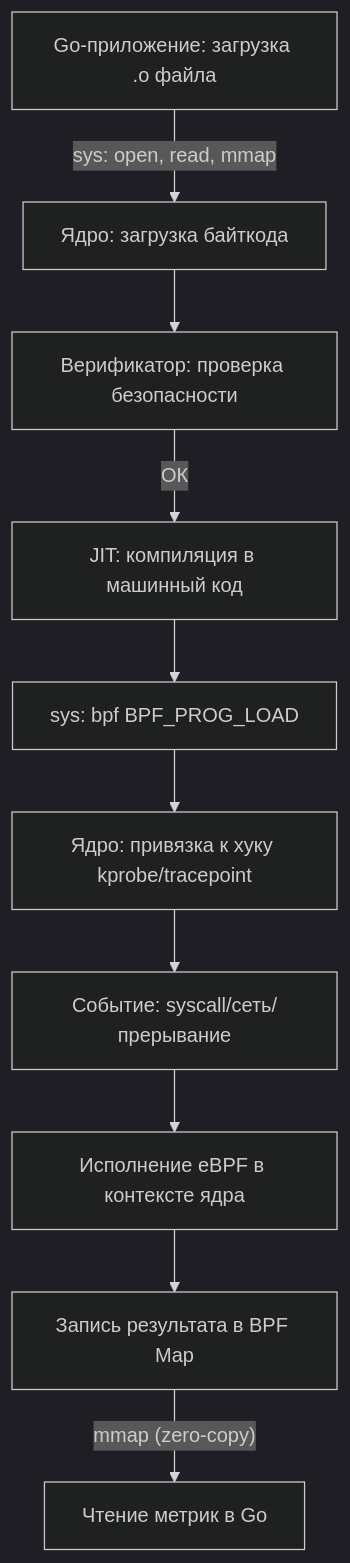
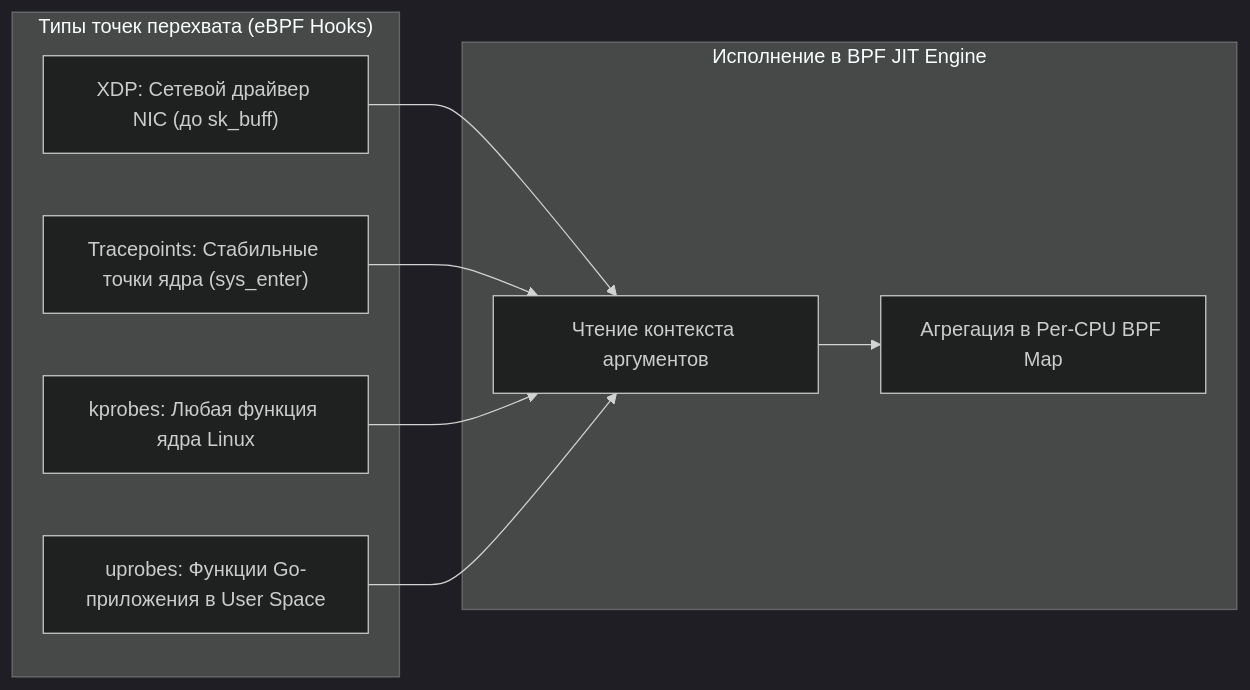
Before and after one commit to UnrealTemplier/go-textbook: the second of 3 diagrams in sources/2. Устройство и работа ОС/61. eBPF. Современный способ наблюдать за ОС.md, drawn with Mermaid (dark theme). The commit also changed other lines of this file, not shown here.

Commit message:
feat(module-02): editorial rewrite of Lecture 61 (eBPF, Verifier, JIT, BPF maps, cilium/ebpf, hooks) in Kernighan style

````diff
--- a/sources/2. Устройство и работа ОС/61. eBPF. Современный способ наблюдать за ОС.md
+++ b/sources/2. Устройство и работа ОС/61. eBPF. Современный способ наблюдать за ОС.md
@@ -37,12 +80,20 @@
 ```mermaid
-flowchart TD
-    A["Go-приложение: загрузка .o файла"] -->|"sys: open, read, mmap"| B["Ядро: загрузка байткода"]
-    B --> C["Верификатор: проверка безопасности"]
-    C -->|"ОК"| D["JIT: компиляция в машинный код"]
-    D --> E["sys: bpf BPF_PROG_LOAD"]
-    E --> F["Ядро: привязка к хуку kprobe/tracepoint"]
-    F --> G["Событие: syscall/сеть/прерывание"]
-    G --> H["Исполнение eBPF в контексте ядра"]
-    H --> I["Запись результата в BPF Map"]
-    I -->|"mmap (zero-copy)"| J["Чтение метрик в Go"]
+flowchart LR
+    subgraph HookTypes ["Типы точек перехвата (eBPF Hooks)"]
+        XDP_Hook["XDP: Сетевой драйвер NIC (до sk_buff)"]
+        Tracepoint_Hook["Tracepoints: Стабильные точки ядра (sys_enter)"]
+        Kprobe_Hook["kprobes: Любая функция ядра Linux"]
+        Uprobe_Hook["uprobes: Функции Go-приложения в User Space"]
+    end
+
+    subgraph CoreExecution ["Исполнение в BPF JIT Engine"]
+        ContextRead["Чтение контекста аргументов"]
+        MapAggregation["Агрегация в Per-CPU BPF Map"]
+    end
+
+    XDP_Hook --> ContextRead
+    Tracepoint_Hook --> ContextRead
+    Kprobe_Hook --> ContextRead
+    Uprobe_Hook --> ContextRead
+    ContextRead --> MapAggregation
 ```
````
